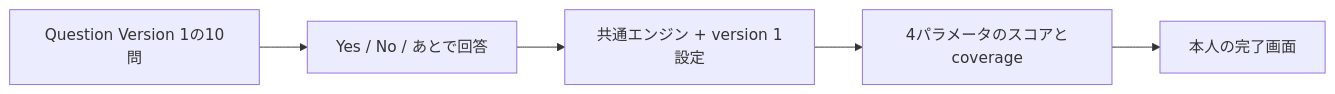
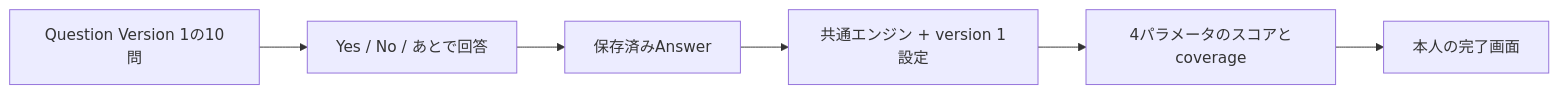
The diagram in docs/questionnaire/scoring/relationship-priority-parameter-design.md (kkyosuke/me-builder), drawn with Mermaid before and after one commit. The commit also changed other lines of this file and 28 other files, not shown here.

````diff
--- a/docs/questionnaire/scoring/relationship-priority-parameter-design.md
+++ b/docs/questionnaire/scoring/relationship-priority-parameter-design.md
@@ -86,7 +86,8 @@
 ```mermaid
 flowchart LR
     Q[Question Version 1の10問] --> A[Yes / No / あとで回答]
-    A --> S[共通エンジン + version 1設定]
+    A --> D1[保存済みAnswer]
+    D1 --> S[共通エンジン + version 1設定]
     S --> P[4パラメータのスコアとcoverage]
     P --> U[本人の完了画面]
 ```
````
